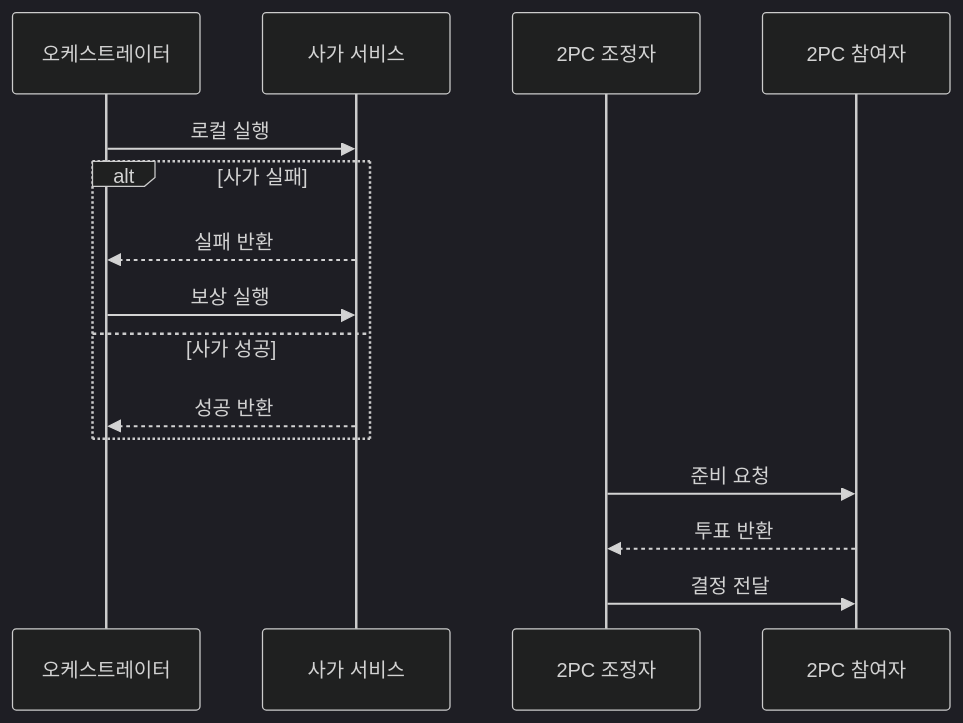
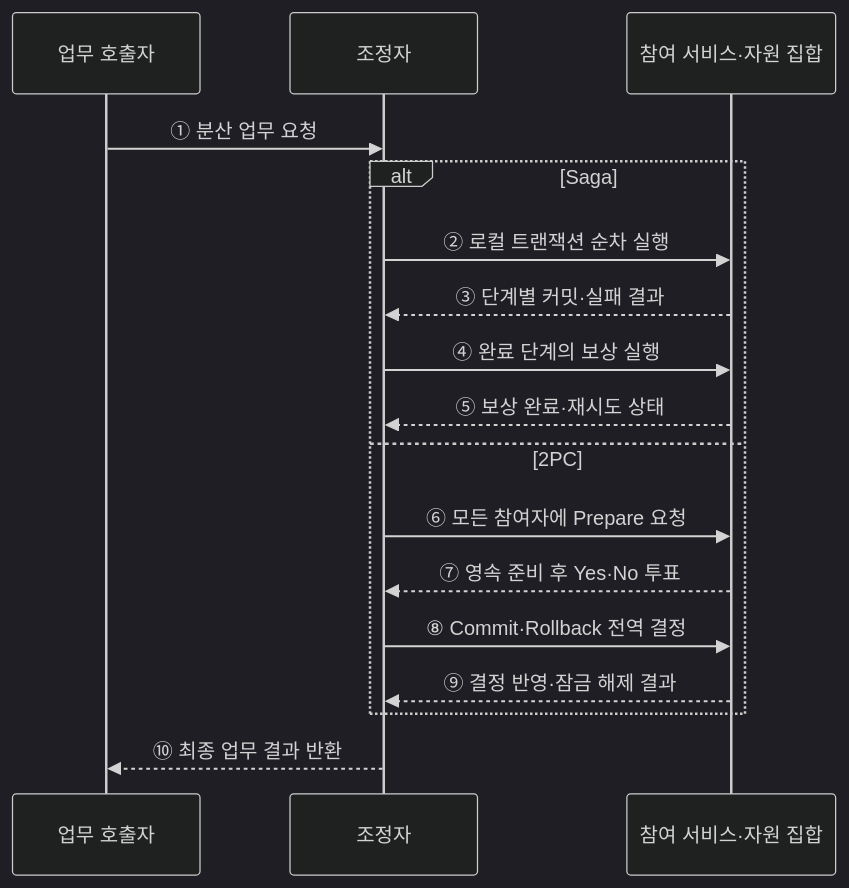
Before and after one commit to agnusdei1207/knowledge-base: the second of 2 diagrams in src/content/docs/notes/03-software/179_saga_vs_2pc.md, drawn with Mermaid (dark theme). The commit also changed other lines of this file and 20 other files, not shown here.

````diff
--- a/src/content/docs/notes/03-software/179_saga_vs_2pc.md
+++ b/src/content/docs/notes/03-software/179_saga_vs_2pc.md
@@ -89,17 +72,19 @@
 ```mermaid
 sequenceDiagram
-    participant O as 오케스트레이터
-    participant S as 사가 서비스
-    participant C as 2PC 조정자
-    participant P as 2PC 참여자
-    O->>S: 로컬 실행
-    alt 사가 실패
-        S-->>O: 실패 반환
-        O->>S: 보상 실행
-    else 사가 성공
-        S-->>O: 성공 반환
+    participant C as 업무 호출자
+    participant O as 조정자
+    participant P as 참여 서비스·자원 집합
+    C->>O: ① 분산 업무 요청
+    alt Saga
+        O->>P: ② 로컬 트랜잭션 순차 실행
+        P-->>O: ③ 단계별 커밋·실패 결과
+        O->>P: ④ 완료 단계의 보상 실행
+        P-->>O: ⑤ 보상 완료·재시도 상태
+    else 2PC
+        O->>P: ⑥ 모든 참여자에 Prepare 요청
+        P-->>O: ⑦ 영속 준비 후 Yes·No 투표
+        O->>P: ⑧ Commit·Rollback 전역 결정
+        P-->>O: ⑨ 결정 반영·잠금 해제 결과
     end
-    C->>P: 준비 요청
-    P-->>C: 투표 반환
-    C->>P: 결정 전달
+    O-->>C: ⑩ 최종 업무 결과 반환
 ```
````
